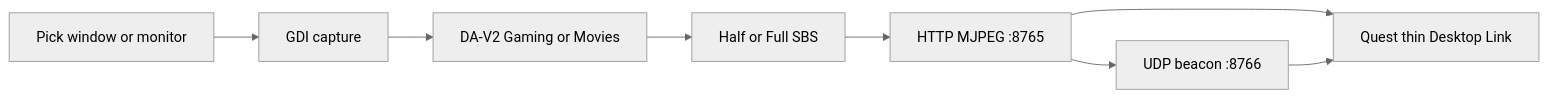
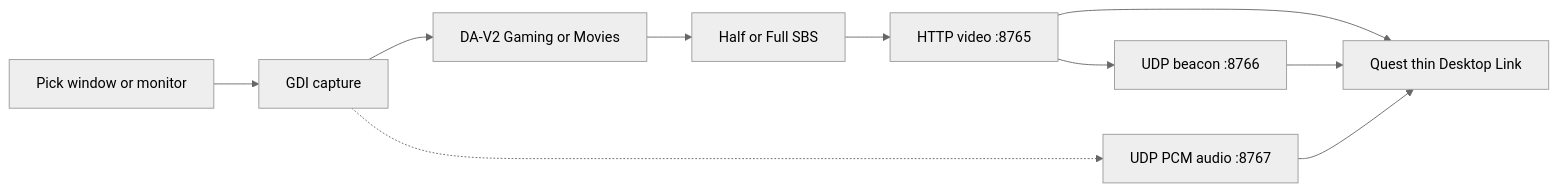
One commit to saogalaxy/SpatialLauncher changed the diagram in docs/DESKTOP.md. Above: the diagram before and after it, drawn with Mermaid (neutral theme). The commit also changed other lines of this file and 19 other files, not shown here.

First line of the commit message:
Remove virtual audio driver; Headset only copies PC speakers to Quest.

````diff
--- a/docs/DESKTOP.md
+++ b/docs/DESKTOP.md
@@ -25,13 +25,15 @@
 ```mermaid
 flowchart LR
   pick[Pick window or monitor]
   cap[GDI capture]
   depth[DA-V2 Gaming or Movies]
   sbs[Half or Full SBS]
-  http[HTTP MJPEG :8765]
+  http[HTTP video :8765]
   udp[UDP beacon :8766]
+  aud[UDP PCM audio :8767]
   quest[Quest thin Desktop Link]
   pick --> cap --> depth --> sbs --> http --> quest
   http --> udp
   udp --> quest
+  cap -.-> aud --> quest
 ```
````
